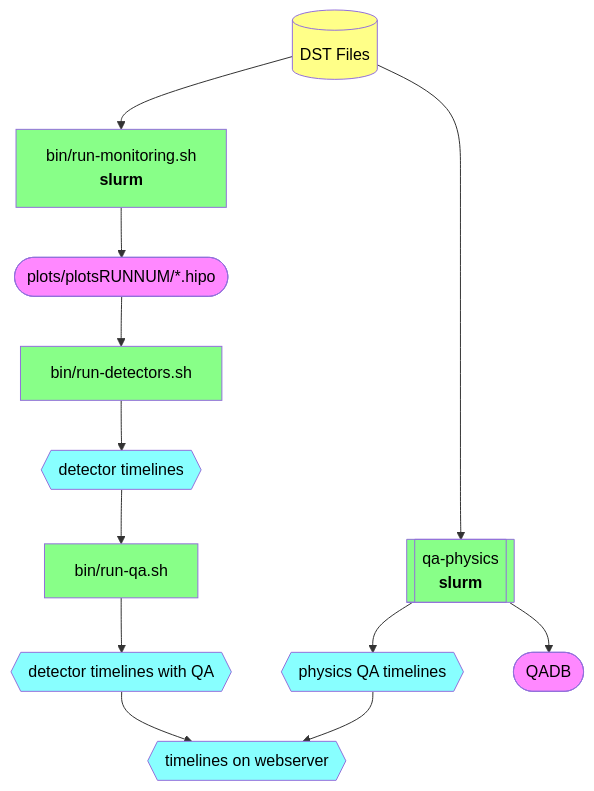
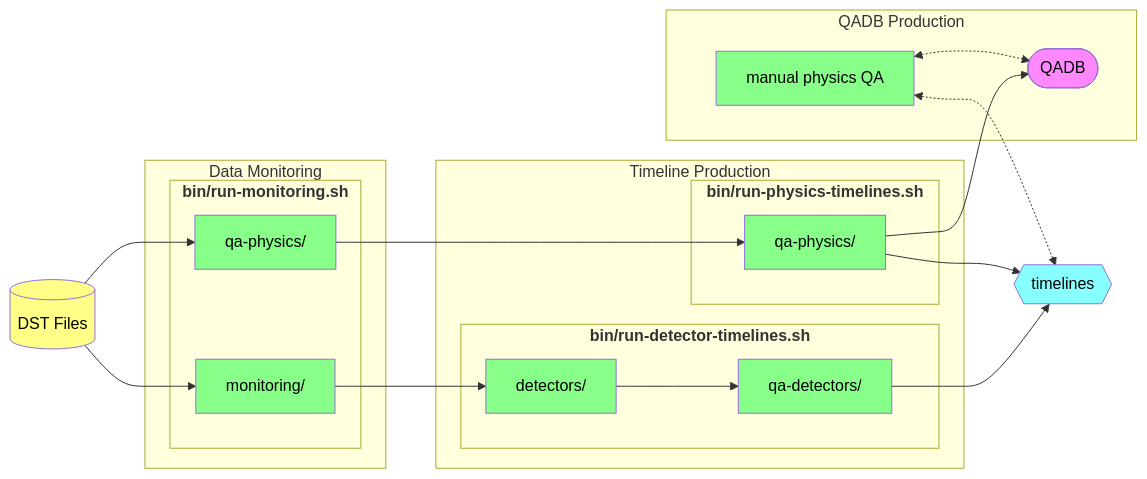
One commit to esteejus/clas12-timeline changed the diagram in README.md. Above: the diagram before and after it, drawn with Mermaid.

Commit message:
doc: redesign flowchart

````diff
--- a/README.md
+++ b/README.md
@@ -65,26 +65,41 @@
 ```mermaid
-flowchart TB
+flowchart LR 
 
     classDef script   fill:#8f8,color:black
     classDef data     fill:#ff8,color:black
     classDef misc     fill:#f8f,color:black
     classDef timeline fill:#8ff,color:black
 
     dst[(DST Files)]:::data
-    runMonitoring[bin/run-monitoring.sh<br/><strong>slurm</strong>]:::script
-    outMonitoring([plots/plotsRUNNUM/*.hipo]):::misc
-    runDetectors[bin/run-detectors.sh]:::script
-    outDetectors{{detector timelines}}:::timeline
-    runDetectorsQA[bin/run-qa.sh]:::script
-    outDetectorsQA{{detector timelines with QA}}:::timeline
 
-    qaPhysics[[qa-physics<br/><strong>slurm</strong>]]:::script
-    qadbTimelines{{physics QA timelines}}:::timeline
-    qadb([QADB]):::misc
+    subgraph Data Monitoring
+        subgraph "<strong>bin/run-monitoring.sh</strong>"
+            monitoring["monitoring/"]:::script
+            qaPhysics["qa-physics/"]:::script
+        end
+    end
 
-    webTimelines{{timelines on webserver}}:::timeline
+    subgraph Timeline Production
+        subgraph "<strong>bin/run-detector-timelines.sh</strong>"
+            detectors["detectors/"]:::script
+            qaDetectors["qa-detectors/"]:::script
+        end
+        subgraph "<strong>bin/run-physics-timelines.sh</strong>"
+            qaPhysics2["qa-physics/"]:::script
+        end
+    end
 
-    dst --> runMonitoring --> outMonitoring --> runDetectors --> outDetectors --> runDetectorsQA --> outDetectorsQA --> webTimelines
-    dst --> qaPhysics --> qadbTimelines --> webTimelines
-    qaPhysics --> qadb
+    subgraph QADB Production
+        qadb([QADB]):::misc
+        manualQA[manual physics QA]:::script
+    end
+    
+    timelines{{timelines}}:::timeline
+
+    dst --> monitoring --> detectors --> qaDetectors --> timelines
+    dst --> qaPhysics --> qaPhysics2 --> timelines
+    qaPhysics2 --> qadb
+
+    manualQA <-.-> timelines
+    manualQA <-.-> qadb
 ```
````
